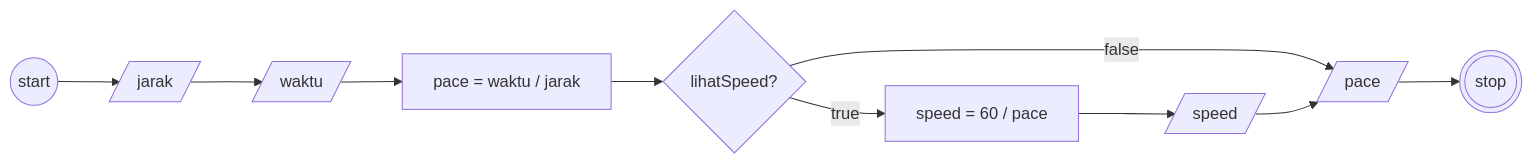
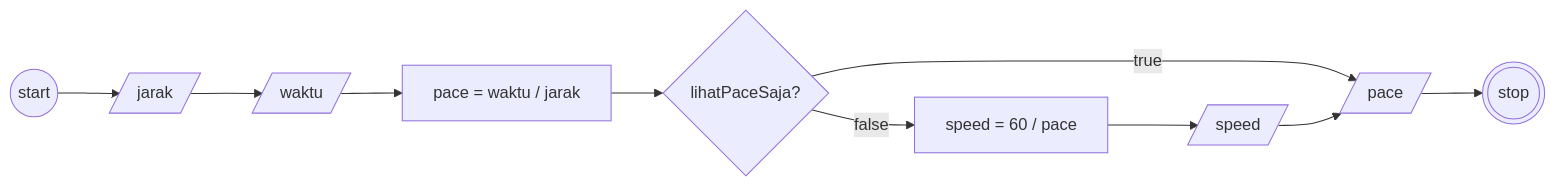
The diagram in README.md (ecenn/koda-b10-algo-impl), drawn with Mermaid before and after one commit. The commit also changed other lines of this file and 1 other file, not shown here.

````diff
--- a/README.md
+++ b/README.md
@@ -17,19 +17,22 @@
 ```mermaid
 
 flowchart LR
 
 a((start))
 b[/jarak/]
 c[/waktu/]
 d[pace = waktu / jarak]
-e{lihatSpeed?}
+e{lihatPaceSaja?}
 f[speed = 60 / pace]
 g[/speed/]
 h[/pace/]
 z(((stop)))
 
 a --> b --> c --> d --> e
-e --true--> f
-e --false--> h
-f --> g --> h --> z
+e --true--> h
+e --false--> f
+f --> g
+g --> h
+h --> z
+
 ```
````
